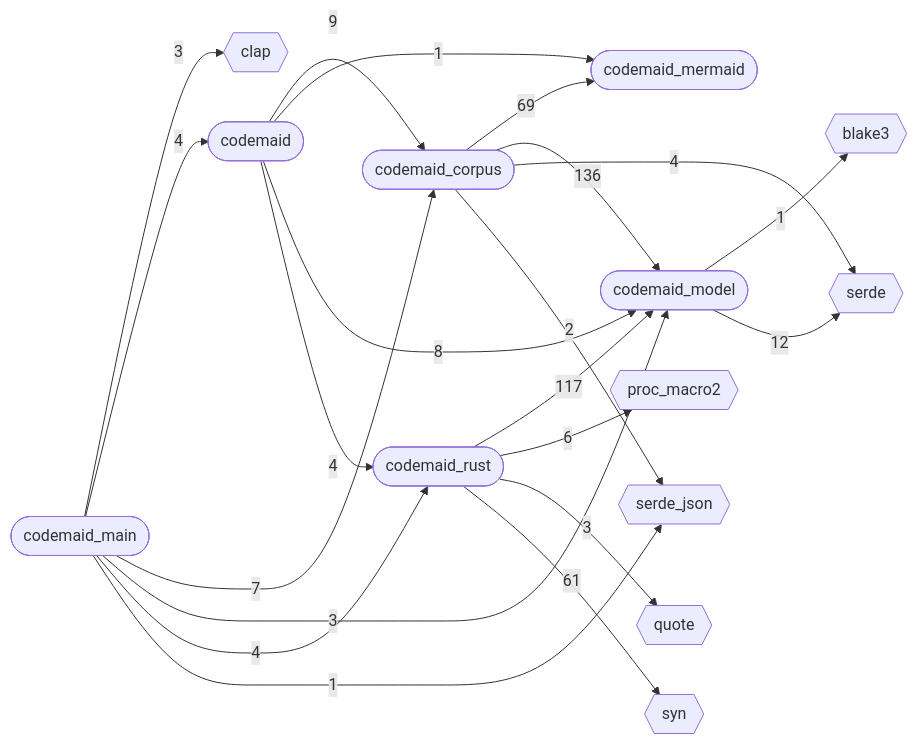
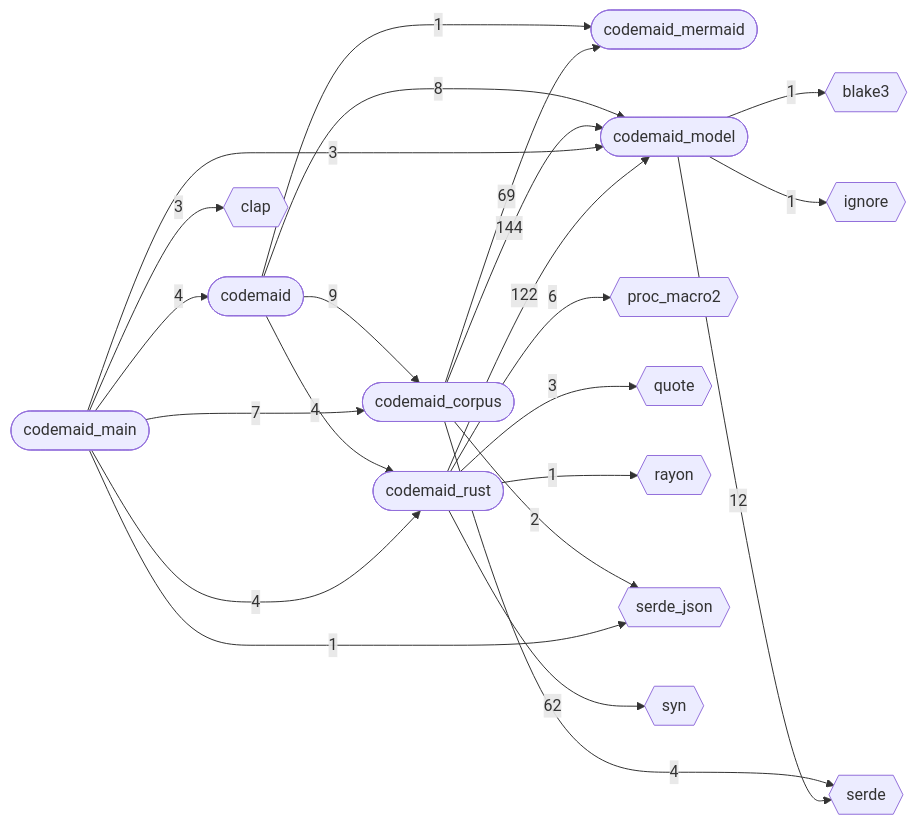
The first of 10 diagrams in docs/codemaid/_overview.md (DreamLab-AI/codemaid), drawn with Mermaid before and after one commit. The commit also changed other lines of this file and 29 other files, not shown here.

````diff
--- a/docs/codemaid/_overview.md
+++ b/docs/codemaid/_overview.md
@@ -10,36 +10,40 @@
 ```mermaid
 flowchart LR
   codemaid(["codemaid"])
   codemaid_corpus(["codemaid_corpus"])
   codemaid_main(["codemaid_main"])
   codemaid_mermaid(["codemaid_mermaid"])
   codemaid_model(["codemaid_model"])
   codemaid_rust(["codemaid_rust"])
   blake3{{"blake3"}}
   clap{{"clap"}}
+  ignore{{"ignore"}}
   proc_macro2{{"proc_macro2"}}
   quote{{"quote"}}
+  rayon{{"rayon"}}
   serde{{"serde"}}
   serde_json{{"serde_json"}}
   syn{{"syn"}}
   codemaid -->|"9"| codemaid_corpus
   codemaid -->|"1"| codemaid_mermaid
   codemaid -->|"8"| codemaid_model
   codemaid -->|"4"| codemaid_rust
   codemaid_corpus -->|"69"| codemaid_mermaid
-  codemaid_corpus -->|"136"| codemaid_model
+  codemaid_corpus -->|"144"| codemaid_model
   codemaid_corpus -->|"4"| serde
   codemaid_corpus -->|"2"| serde_json
   codemaid_main -->|"3"| clap
   codemaid_main -->|"4"| codemaid
   codemaid_main -->|"7"| codemaid_corpus
   codemaid_main -->|"3"| codemaid_model
   codemaid_main -->|"4"| codemaid_rust
   codemaid_main -->|"1"| serde_json
   codemaid_model -->|"1"| blake3
+  codemaid_model -->|"1"| ignore
   codemaid_model -->|"12"| serde
-  codemaid_rust -->|"117"| codemaid_model
+  codemaid_rust -->|"122"| codemaid_model
   codemaid_rust -->|"6"| proc_macro2
   codemaid_rust -->|"3"| quote
-  codemaid_rust -->|"61"| syn
+  codemaid_rust -->|"1"| rayon
+  codemaid_rust -->|"62"| syn
 ```
````
